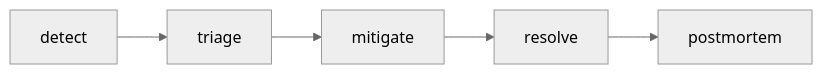
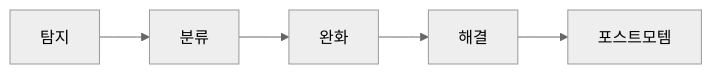
Before and after one commit to yeongseon-books/book-content: the diagram in content/sre-101/ko/06-incident-response.md, drawn with Mermaid (neutral theme). The commit also changed other lines of this file and 9 other files, not shown here.

````diff
--- a/content/sre-101/ko/06-incident-response.md
+++ b/content/sre-101/ko/06-incident-response.md
@@ -33,7 +47,7 @@
 ```mermaid
 flowchart LR
-    Detect["detect"] --> Triage["triage"]
-    Triage --> Mitigate["mitigate"]
-    Mitigate --> Resolve["resolve"]
-    Resolve --> PM["postmortem"]
+    Detect["탐지"] --> Triage["분류"]
+    Triage --> Mitigate["완화"]
+    Mitigate --> Resolve["해결"]
+    Resolve --> PM["포스트모템"]
 ```
````
